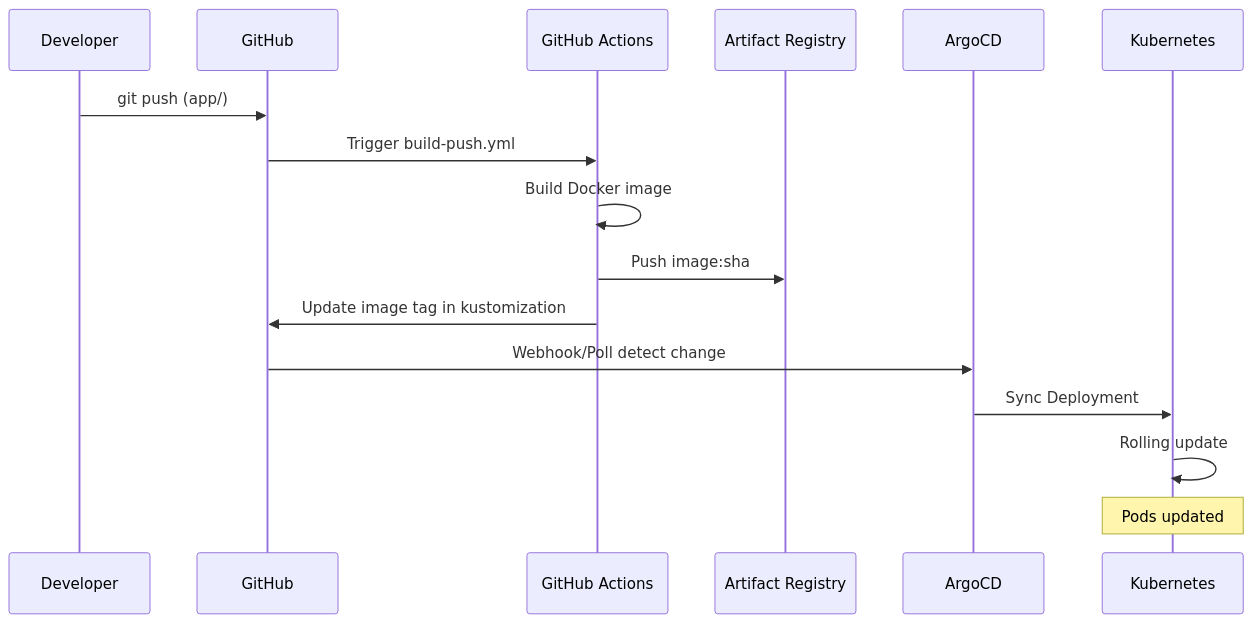
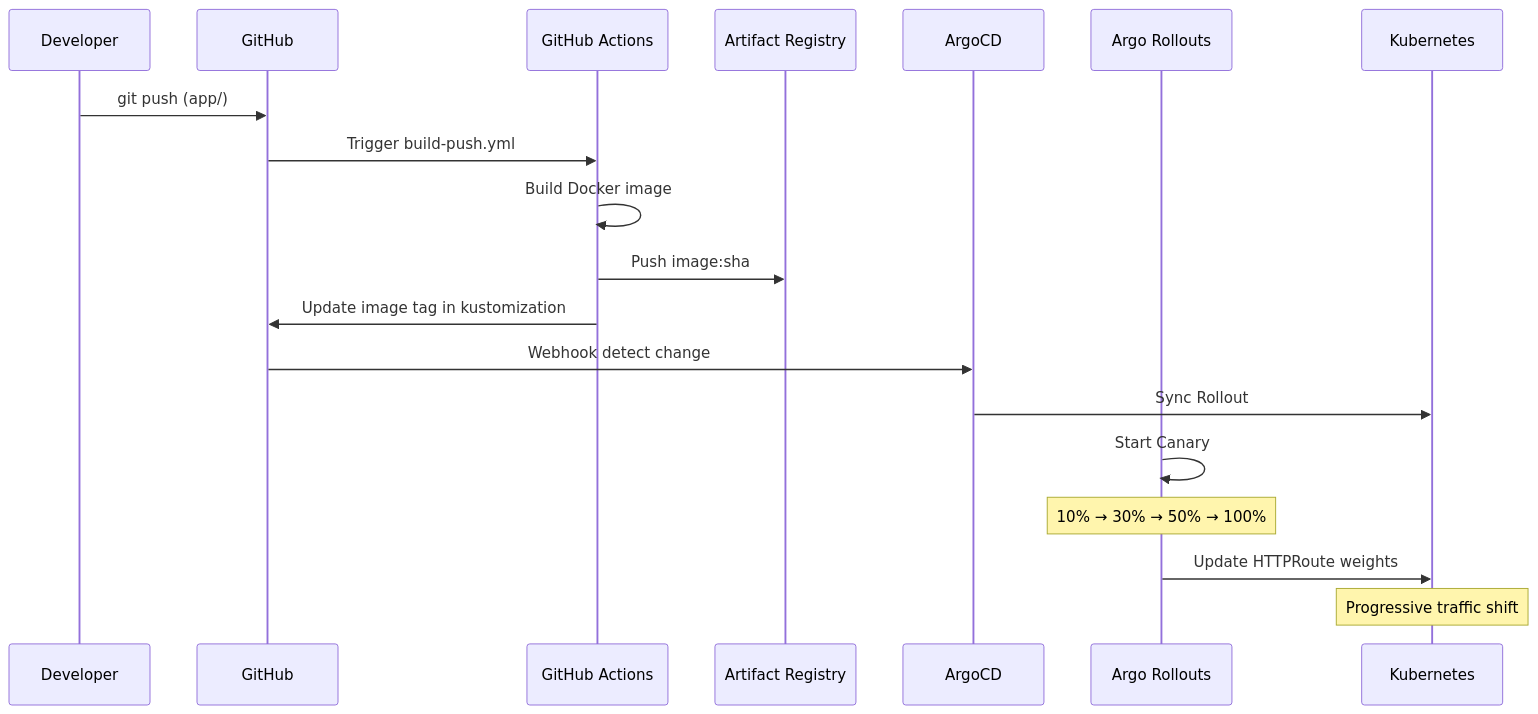
Before and after one commit to jesbensevi/talana-sre-challenge: the second of 6 diagrams in docs/05-gitops-architecture.md, drawn with Mermaid. The commit also changed other lines of this file and 3 other files, not shown here.

````diff
--- a/docs/05-gitops-architecture.md
+++ b/docs/05-gitops-architecture.md
@@ -95,19 +100,22 @@
 ```mermaid
 sequenceDiagram
     participant Dev as Developer
     participant GH as GitHub
     participant GA as GitHub Actions
     participant AR as Artifact Registry
     participant Argo as ArgoCD
+    participant Rollout as Argo Rollouts
     participant K8s as Kubernetes
 
     Dev->>GH: git push (app/)
     GH->>GA: Trigger build-push.yml
     GA->>GA: Build Docker image
     GA->>AR: Push image:sha
     GA->>GH: Update image tag in kustomization
-    GH->>Argo: Webhook/Poll detect change
-    Argo->>K8s: Sync Deployment
-    K8s->>K8s: Rolling update
-    Note over K8s: Pods updated
+    GH->>Argo: Webhook detect change
+    Argo->>K8s: Sync Rollout
+    Rollout->>Rollout: Start Canary
+    Note over Rollout: 10% → 30% → 50% → 100%
+    Rollout->>K8s: Update HTTPRoute weights
+    Note over K8s: Progressive traffic shift
 ```
````
